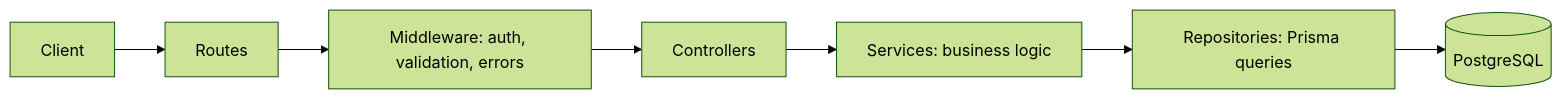
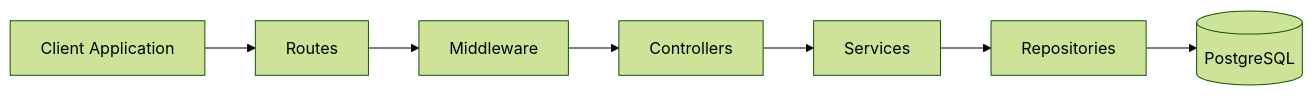
One commit to Uransh-Gautam/WorkGrid changed the first of 2 diagrams in README.md. Above: the diagram before and after it, drawn with Mermaid (forest theme). The commit also changed other lines of this file, not shown here.

````diff
--- a/README.md
+++ b/README.md
@@ -54,9 +83,9 @@
 ```mermaid
 flowchart LR
-    Client[Client] --> Routes[Routes]
-    Routes --> MW[Middleware: auth, validation, errors]
+    Client[Client Application] --> Routes[Routes]
+    Routes --> MW[Middleware]
     MW --> Controllers[Controllers]
-    Controllers --> Services[Services: business logic]
-    Services --> Repositories[Repositories: Prisma queries]
+    Controllers --> Services[Services]
+    Services --> Repositories[Repositories]
     Repositories --> DB[(PostgreSQL)]
 ```
````
